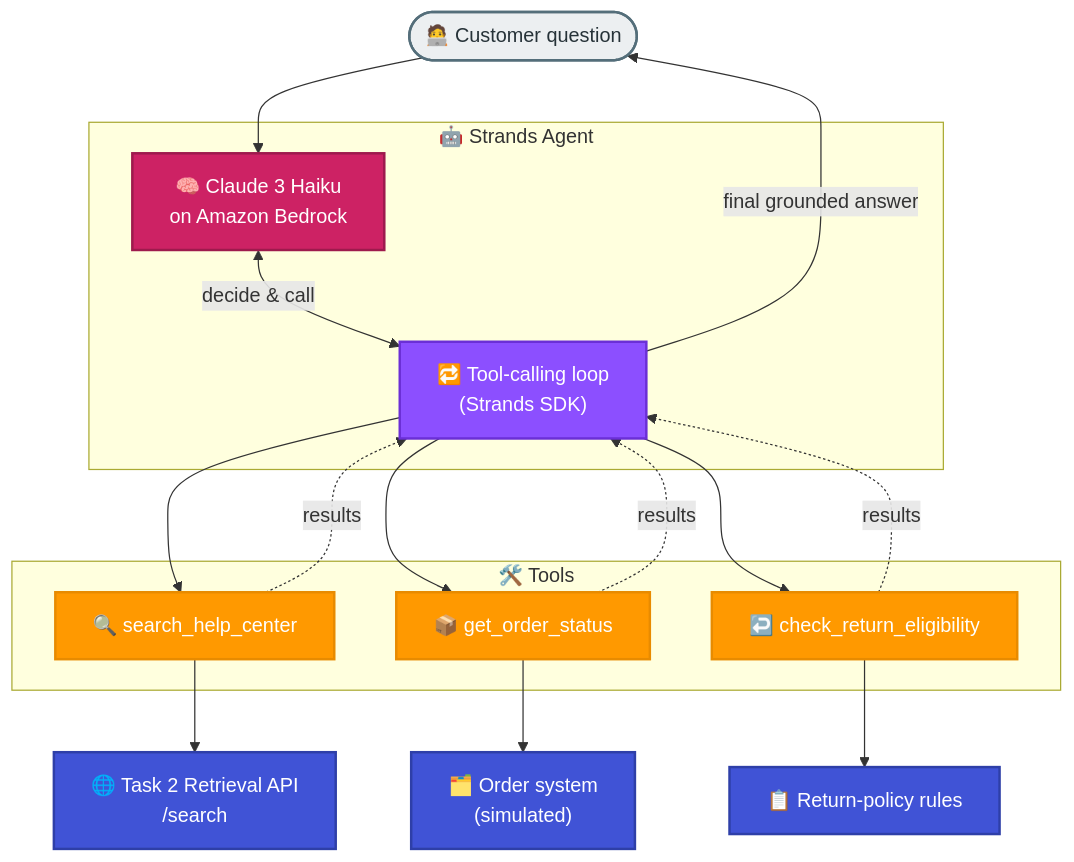
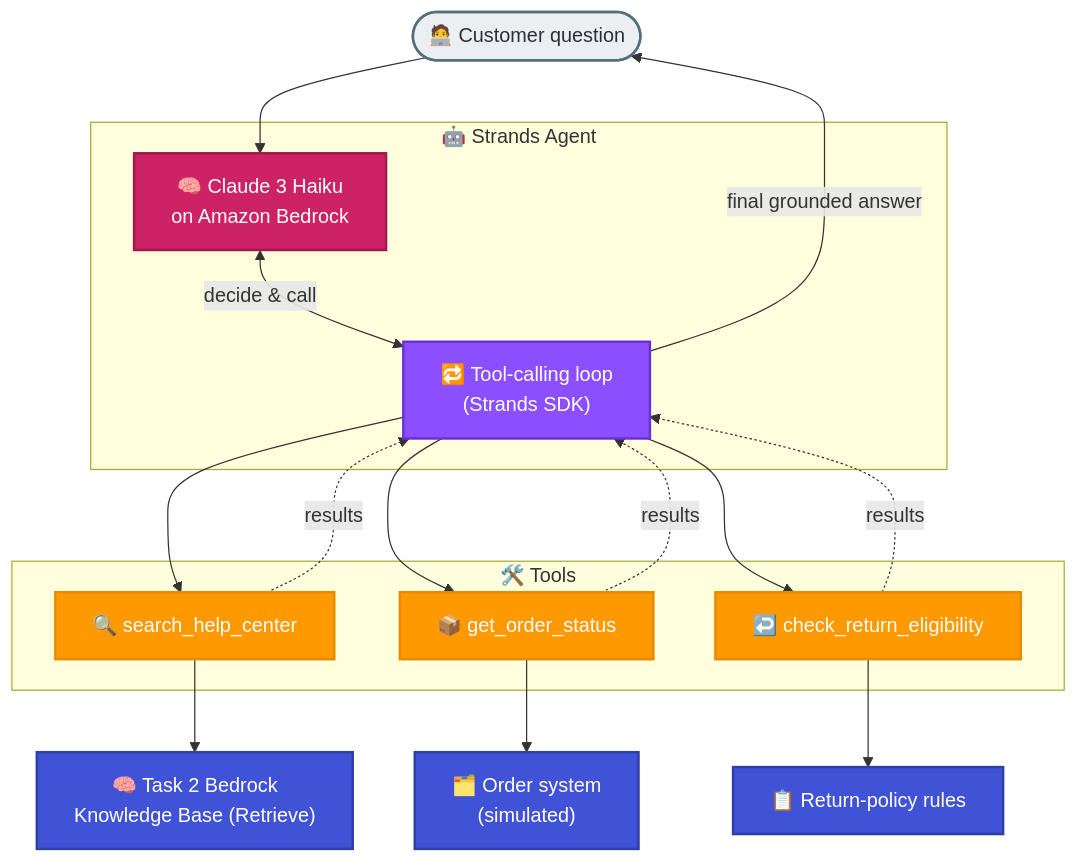
The diagram in week3/task3-tool-calling/README.md (abhi-achar/aws-hands-on-training), drawn with Mermaid before and after one commit. The commit also changed other lines of this file and 13 other files, not shown here.

First line of the commit message:
feat(week3): migrate RAG from DynamoDB to Amazon Bedrock Knowledge Base

````diff
--- a/week3/task3-tool-calling/README.md
+++ b/week3/task3-tool-calling/README.md
@@ -12,32 +12,32 @@
 ```mermaid
 flowchart TD
     User(["🧑‍💻 Customer question"]):::client
     subgraph Agent["🤖 Strands Agent"]
         LLM["🧠 Claude 3 Haiku<br/>on Amazon Bedrock"]:::bedrock
         Loop["🔁 Tool-calling loop<br/>(Strands SDK)"]:::sdk
     end
     subgraph Tools["🛠️ Tools"]
         T1["🔍 search_help_center"]:::tool
         T2["📦 get_order_status"]:::tool
         T3["↩️ check_return_eligibility"]:::tool
     end
-    API["🌐 Task 2 Retrieval API<br/>/search"]:::ext
+    API["🧠 Task 2 Bedrock<br/>Knowledge Base (Retrieve)"]:::ext
     Orders["🗂️ Order system<br/>(simulated)"]:::ext
     Rules["📋 Return-policy rules"]:::ext
 
     User --> LLM
     LLM <-->|"decide & call"| Loop
     Loop --> T1 --> API
     Loop --> T2 --> Orders
     Loop --> T3 --> Rules
     T1 -.->|"results"| Loop
     T2 -.->|"results"| Loop
     T3 -.->|"results"| Loop
     Loop -->|"final grounded answer"| User
 
     classDef client fill:#ECEFF1,stroke:#546E7A,stroke-width:2px,color:#263238
     classDef bedrock fill:#CD2264,stroke:#9E1A4D,stroke-width:2px,color:#ffffff
     classDef sdk fill:#8C4FFF,stroke:#6B2FD6,stroke-width:2px,color:#ffffff
     classDef tool fill:#FF9900,stroke:#E88B00,stroke-width:2px,color:#ffffff
     classDef ext fill:#4053D6,stroke:#2E3FA8,stroke-width:2px,color:#ffffff
 ```
````
